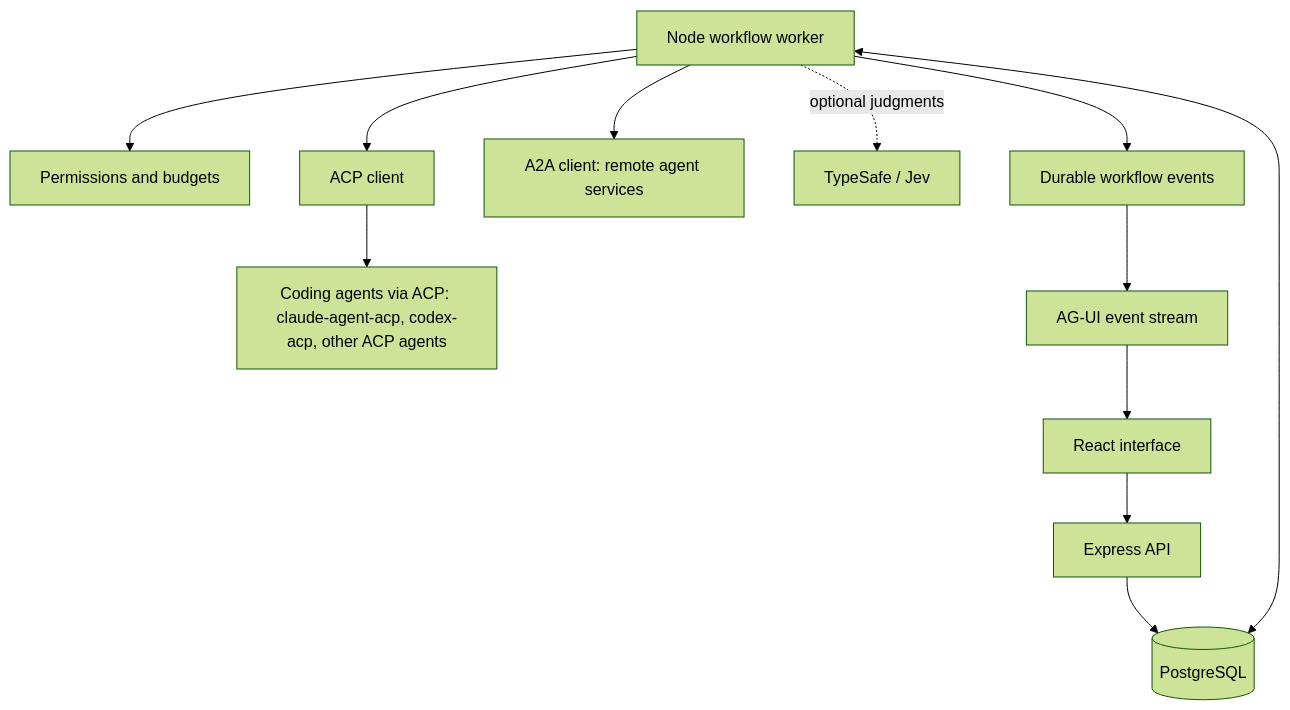
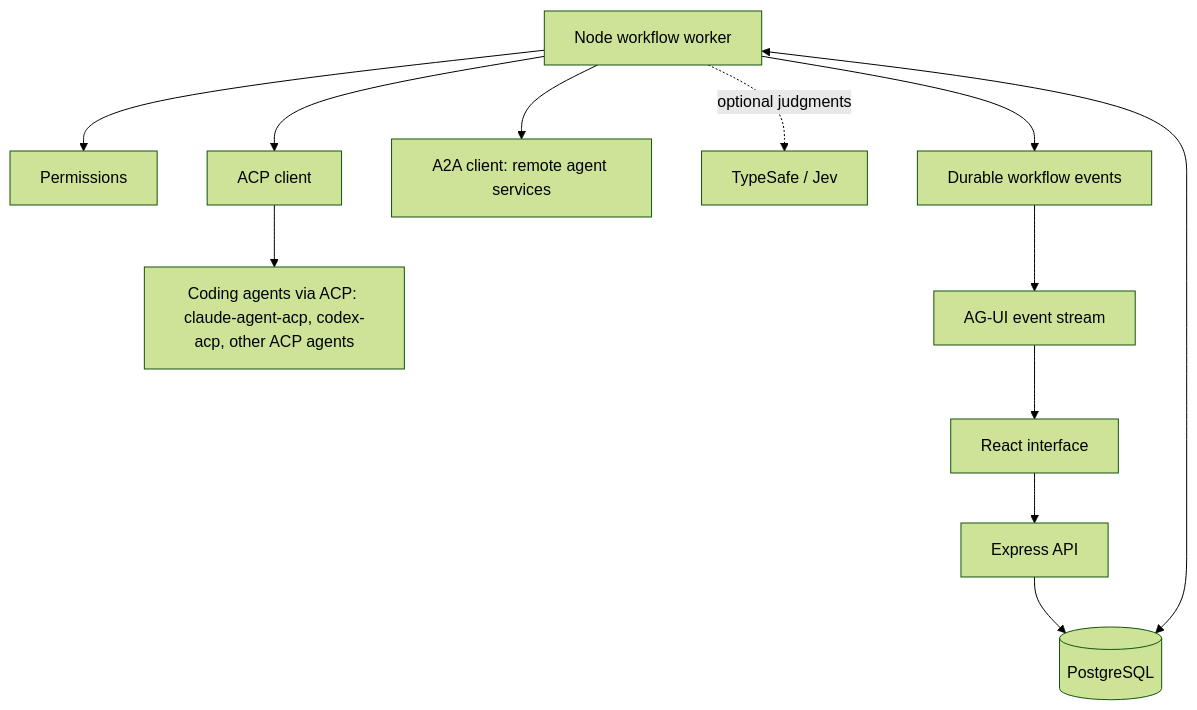
Before and after one commit to karki011/spark-outpost: the diagram in docs/product/PLAN.md, drawn with Mermaid (forest theme). The commit also changed other lines of this file and 9 other files, not shown here.

Commit message:
Architecture and product docs: no run budgets

````diff
--- a/docs/product/PLAN.md
+++ b/docs/product/PLAN.md
@@ -57,14 +57,14 @@
 ```mermaid
 flowchart TD
   UI[React interface] --> API[Express API]
   API --> DB[(PostgreSQL)]
   Worker[Node workflow worker] <--> DB
-  Worker --> Policy[Permissions and budgets]
+  Worker --> Policy[Permissions]
   Worker --> ACP[ACP client]
   ACP --> Agents[Coding agents via ACP: claude-agent-acp, codex-acp, other ACP agents]
   Worker --> A2A[A2A client: remote agent services]
   Worker -. optional judgments .-> Jev[TypeSafe / Jev]
   Worker --> Events[Durable workflow events]
   Events --> Stream[AG-UI event stream]
   Stream --> UI
 ```
````
